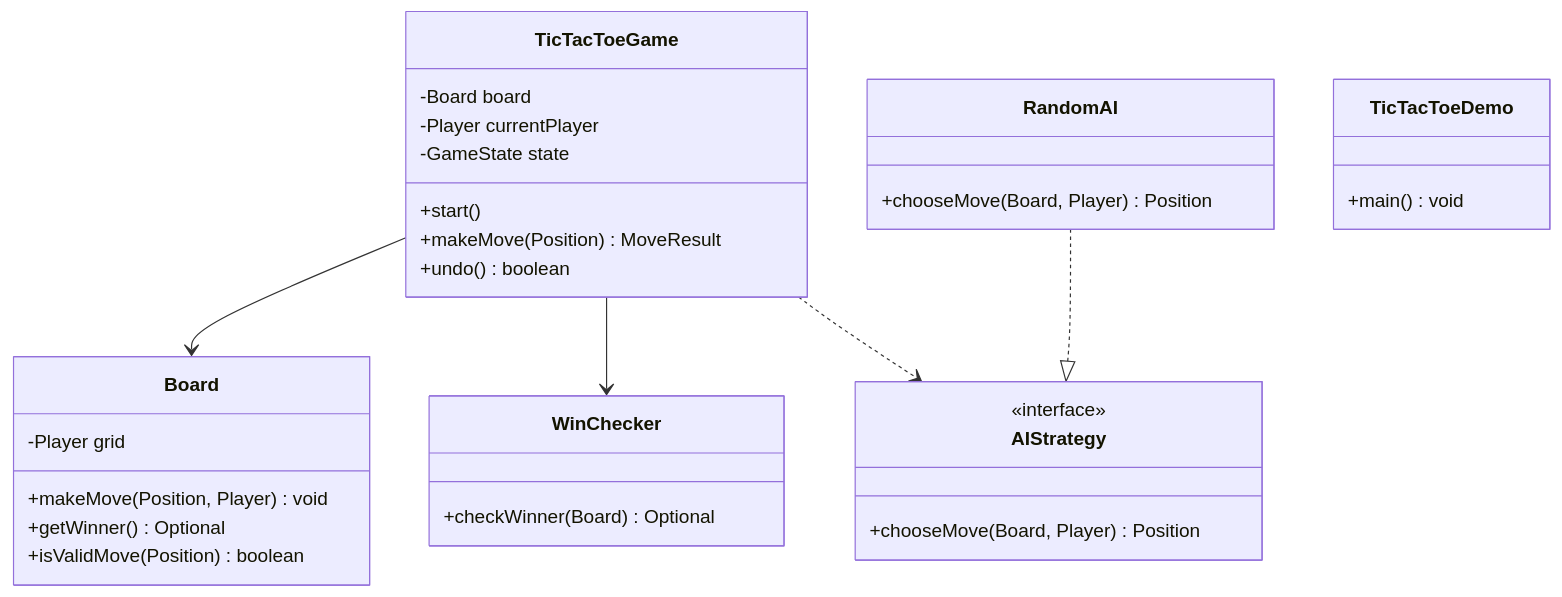
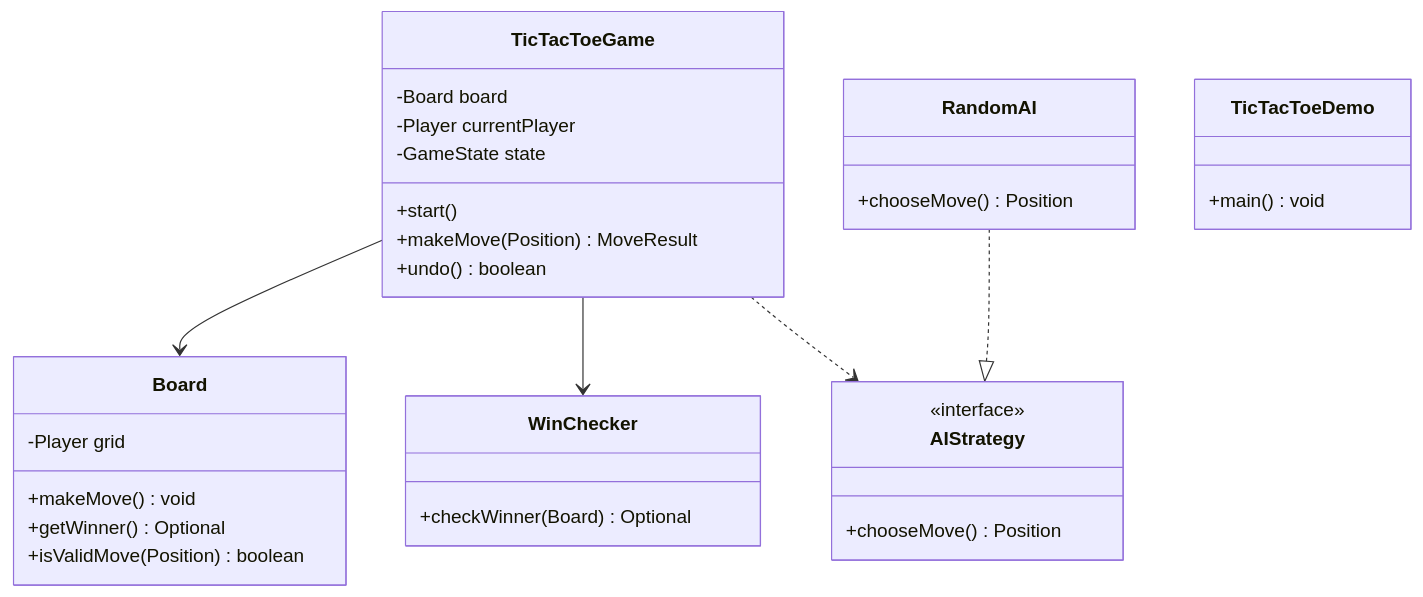
Before and after one commit to dlkr18/lld-playbook: the diagram in docs/problems/tictactoe/README.md, drawn with Mermaid. The commit also changed 29 other files, not shown here.

First line of the commit message:
Fix Mermaid rendering: downgrade to v9, aggressive classDiagram sanitization.

````diff
--- a/docs/problems/tictactoe/README.md
+++ b/docs/problems/tictactoe/README.md
@@ -86,34 +86,34 @@
 ```mermaid
 classDiagram
     class TicTacToeGame {
         -Board board
         -Player currentPlayer
         -GameState state
         +start()
         +makeMove(Position) MoveResult
         +undo() boolean
     }
     class Board {
         -Player grid
-        +makeMove(Position, Player) void
+        +makeMove() void
         +getWinner() Optional
         +isValidMove(Position) boolean
     }
     class WinChecker {
         +checkWinner(Board) Optional
     }
     class AIStrategy {
         <<interface>>
-        +chooseMove(Board, Player) Position
+        +chooseMove() Position
     }
     class RandomAI {
-        +chooseMove(Board, Player) Position
+        +chooseMove() Position
     }
     class TicTacToeDemo {
         +main() void
     }
     TicTacToeGame --> Board
     TicTacToeGame --> WinChecker
     TicTacToeGame ..> AIStrategy
     RandomAI ..|> AIStrategy
 ```
````
